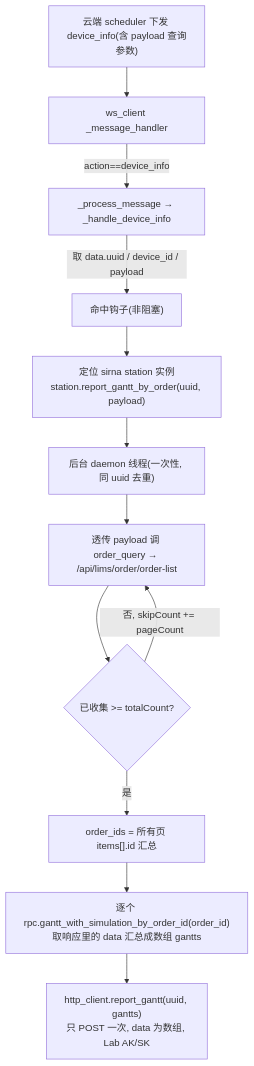
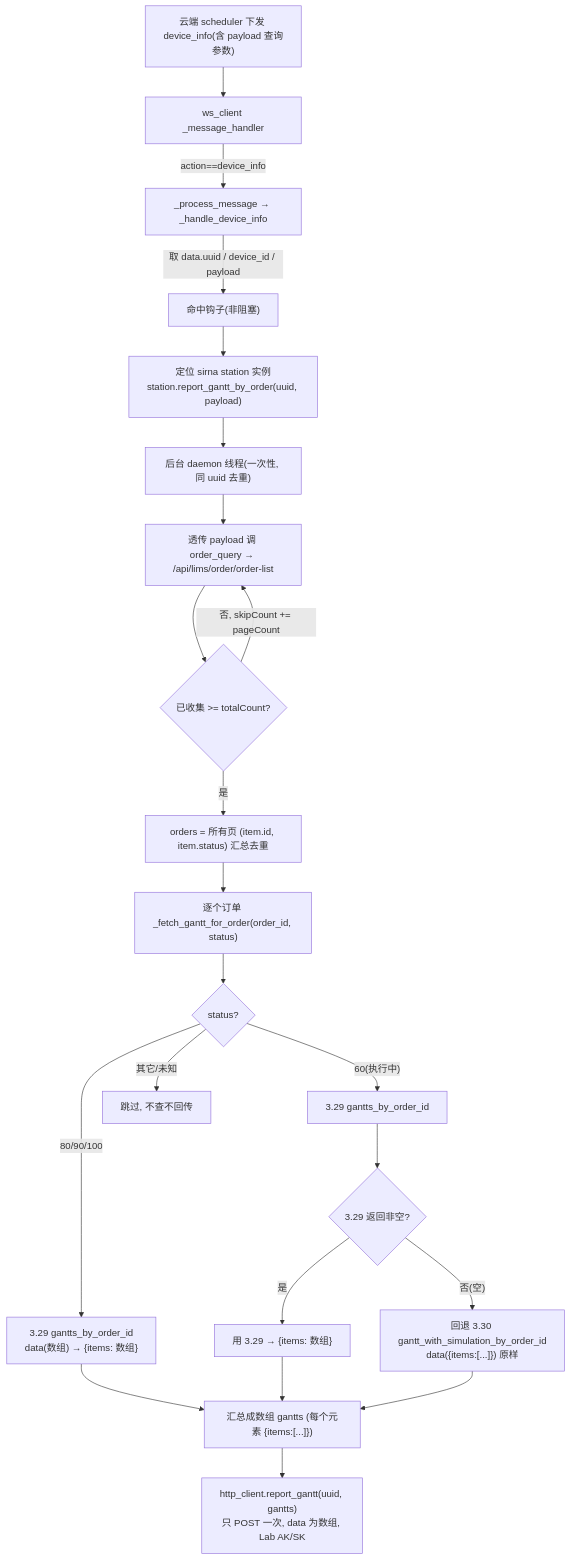
One commit to Xuwznln/Uni-Lab-OS-Doc changed the diagram in plan/甘特图回传节点_6e5ec4ab.plan.md. Above: the diagram before and after it, drawn with Mermaid. The commit also changed other lines of this file and 2 other files, not shown here.

Commit message:
修改甘特图的调用接口逻辑

````diff
--- a/plan/甘特图回传节点_6e5ec4ab.plan.md
+++ b/plan/甘特图回传节点_6e5ec4ab.plan.md
@@ -71,14 +85,24 @@
 ```mermaid
 flowchart TD
     SCH["云端 scheduler 下发 device_info(含 payload 查询参数)"] --> RECV["ws_client _message_handler"]
     RECV -->|"action==device_info"| DISP["_process_message → _handle_device_info"]
     DISP -->|"取 data.uuid / device_id / payload"| HOOK["命中钩子(非阻塞)"]
     HOOK --> DEV["定位 sirna station 实例<br/>station.report_gantt_by_order(uuid, payload)"]
     DEV --> TH["后台 daemon 线程(一次性, 同 uuid 去重)"]
     TH --> QL["透传 payload 调 order_query → /api/lims/order/order-list"]
     QL --> PAGE{"已收集 >= totalCount?"}
     PAGE -->|"否, skipCount += pageCount"| QL
-    PAGE -->|"是"| OID["order_ids = 所有页 items[].id 汇总"]
-    OID --> RPC["逐个 rpc.gantt_with_simulation_by_order_id(order_id)<br/>取响应里的 data 汇总成数组 gantts"]
-    RPC --> POST["http_client.report_gantt(uuid, gantts)<br/>只 POST 一次, data 为数组, Lab AK/SK"]
+    PAGE -->|"是"| OID["orders = 所有页 (item.id, item.status) 汇总去重"]
+    OID --> LOOP["逐个订单 _fetch_gantt_for_order(order_id, status)"]
+    LOOP --> BR{"status?"}
+    BR -->|"60(执行中)"| G29B["3.29 gantts_by_order_id"]
+    BR -->|"80/90/100"| G29A["3.29 gantts_by_order_id<br/>data(数组) → {items: 数组}"]
+    BR -->|"其它/未知"| SKIP["跳过, 不查不回传"]
+    G29B --> CK{"3.29 返回非空?"}
+    CK -->|"是"| USE29["用 3.29 → {items: 数组}"]
+    CK -->|"否(空)"| G30["回退 3.30 gantt_with_simulation_by_order_id<br/>data({items:[...]}) 原样"]
+    G29A --> AGG["汇总成数组 gantts (每个元素 {items:[...]})"]
+    USE29 --> AGG
+    G30 --> AGG
+    AGG --> POST["http_client.report_gantt(uuid, gantts)<br/>只 POST 一次, data 为数组, Lab AK/SK"]
 ```
````
